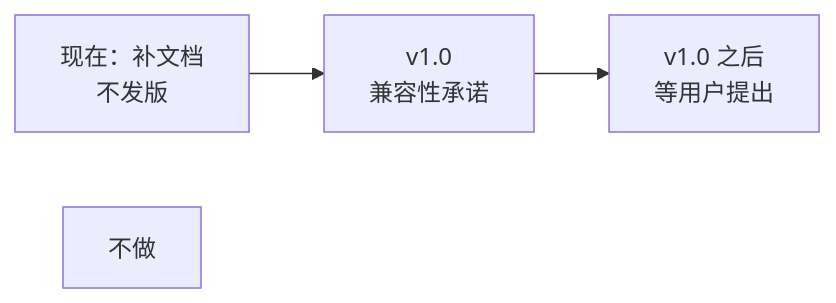
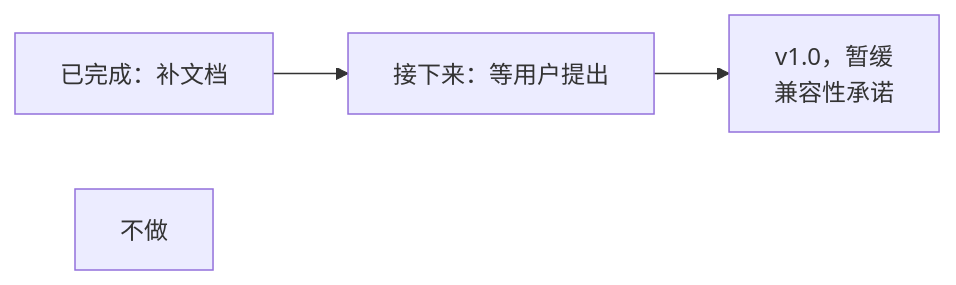
One commit to nanmuyao-tools/pingmock changed the diagram in docs/roadmap.zh-CN.md. Above: the diagram before and after it, drawn with Mermaid. The commit also changed other lines of this file and 4 other files, not shown here.

````diff
--- a/docs/roadmap.zh-CN.md
+++ b/docs/roadmap.zh-CN.md
@@ -22,6 +22,6 @@
 ```mermaid
 flowchart LR
-    A["现在：补文档<br/>不发版"] --> B["v1.0<br/>兼容性承诺"]
-    B --> C["v1.0 之后<br/>等用户提出"]
+    A["已完成：补文档"] --> C["接下来：等用户提出"]
+    C --> B["v1.0，暂缓<br/>兼容性承诺"]
     N["不做"]
 ```
````
